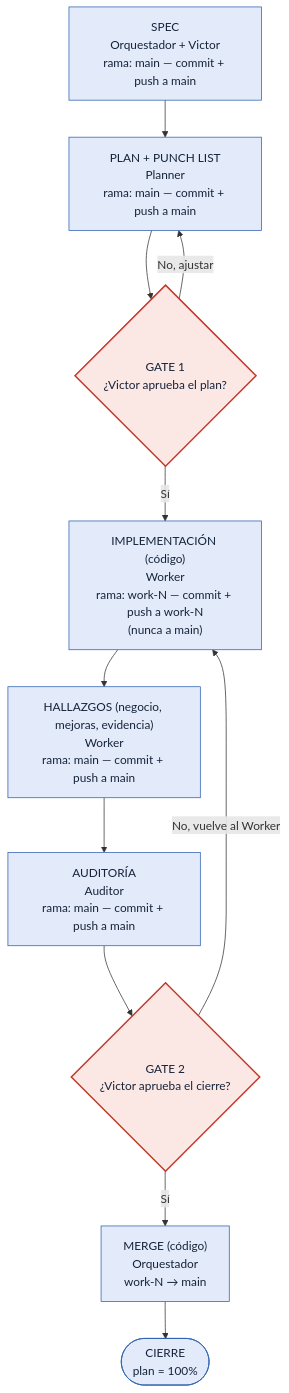
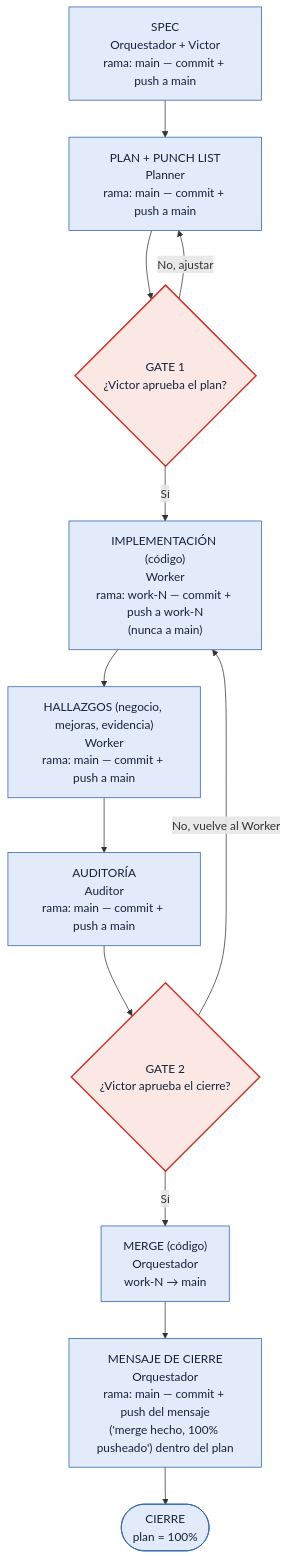
Before and after one commit to 220682/pg_control_proyectos: the diagram in diagrama-commit-push-merge-gates.md, drawn with Mermaid. The commit also changed other lines of this file, not shown here.

Commit message:
docs: agrega mensaje de cierre del Orquestador registrado en el plan
Tras el merge, el Orquestador confirma merge hecho + 100% pusheado
con un mensaje que queda registrado dentro del propio archivo del plan.

````diff
--- a/diagrama-commit-push-merge-gates.md
+++ b/diagrama-commit-push-merge-gates.md
@@ -21,23 +21,24 @@
 ```mermaid
 flowchart TD
     N1["SPEC<br/>Orquestador + Victor<br/>rama: main — commit + push a main"]
     N2["PLAN + PUNCH LIST<br/>Planner<br/>rama: main — commit + push a main"]
     G1{"GATE 1<br/>¿Victor aprueba el plan?"}
     N3["IMPLEMENTACIÓN (código)<br/>Worker<br/>rama: work-N — commit + push a work-N<br/>(nunca a main)"]
     N4["HALLAZGOS (negocio, mejoras, evidencia)<br/>Worker<br/>rama: main — commit + push a main"]
     N5["AUDITORÍA<br/>Auditor<br/>rama: main — commit + push a main"]
     G2{"GATE 2<br/>¿Victor aprueba el cierre?"}
     N6["MERGE (código)<br/>Orquestador<br/>work-N → main"]
-    N7(["CIERRE<br/>plan = 100%"])
+    N7["MENSAJE DE CIERRE<br/>Orquestador<br/>rama: main — commit + push del mensaje<br/>('merge hecho, 100% pusheado') dentro del plan"]
+    N8(["CIERRE<br/>plan = 100%"])
 
     N1 --> N2 --> G1
     G1 -- No, ajustar --> N2
     G1 -- Sí --> N3 --> N4 --> N5 --> G2
     G2 -- No, vuelve al Worker --> N3
-    G2 -- Sí --> N6 --> N7
+    G2 -- Sí --> N6 --> N7 --> N8
 
     classDef gate fill:#fbe7e4,stroke:#c0392b,color:#15233a,stroke-width:2px;
     classDef paso fill:#e3ebfa,stroke:#2b5fb0,color:#15233a;
     class G1,G2 gate;
-    class N1,N2,N3,N4,N5,N6,N7 paso;
+    class N1,N2,N3,N4,N5,N6,N7,N8 paso;
 ```
````
